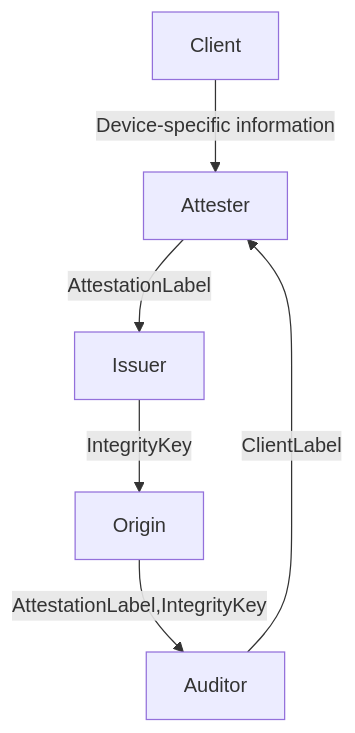
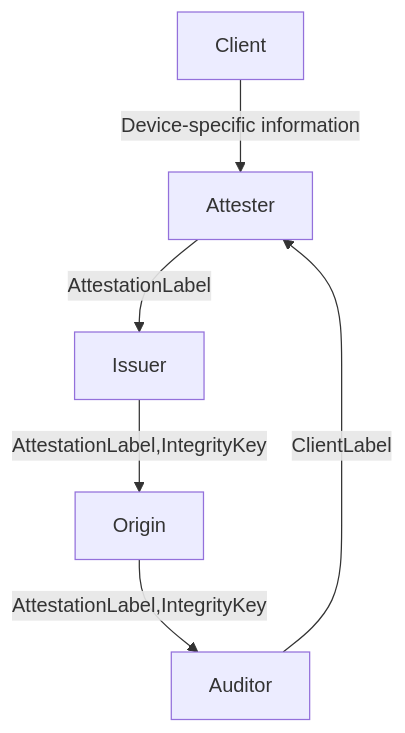
The diagram in tokens/typeFFFF/README.md (cloudflare/pat-go), drawn with Mermaid before and after one commit. The commit also changed other lines of this file, not shown here.

Commit message:
Add missing info to flow chart

````diff
--- a/tokens/typeFFFF/README.md
+++ b/tokens/typeFFFF/README.md
@@ -34,8 +34,8 @@
 ```mermaid
 graph TD;
     Client-->|Device-specific information|Attester;
     Attester-->|AttestationLabel|Issuer;
-    Issuer-->|IntegrityKey|Origin;
+    Issuer-->|AttestationLabel,IntegrityKey|Origin;
     Origin-->|AttestationLabel,IntegrityKey|Auditor;
     Auditor-->|ClientLabel|Attester;
 ```
````
